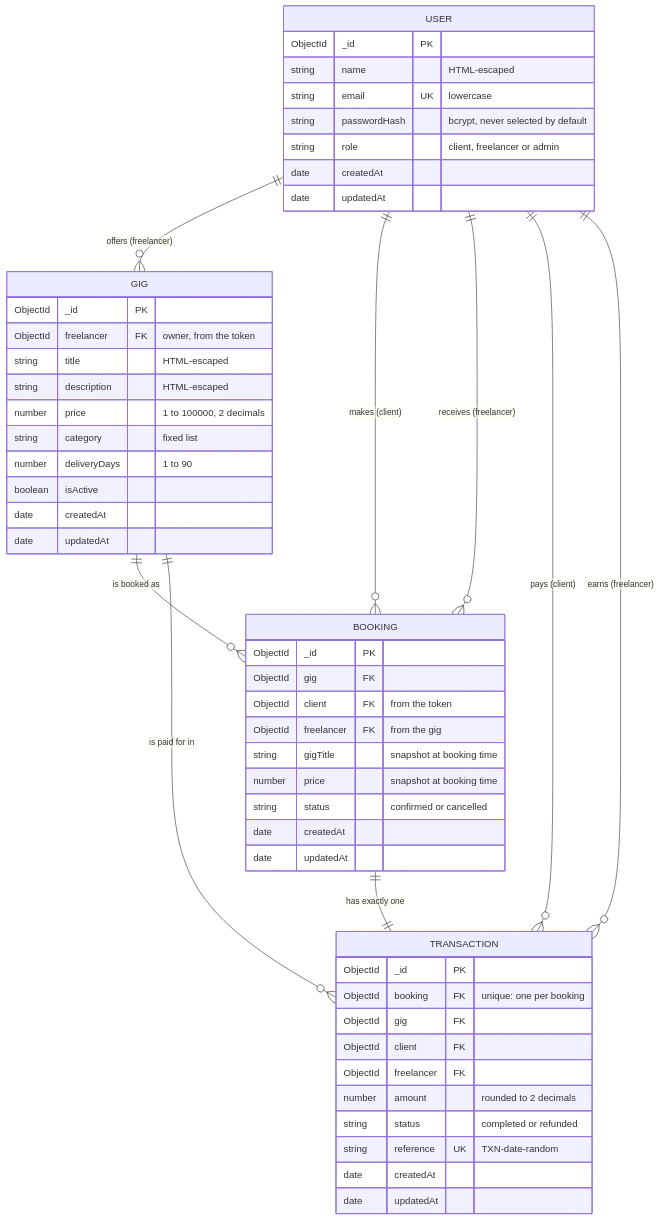
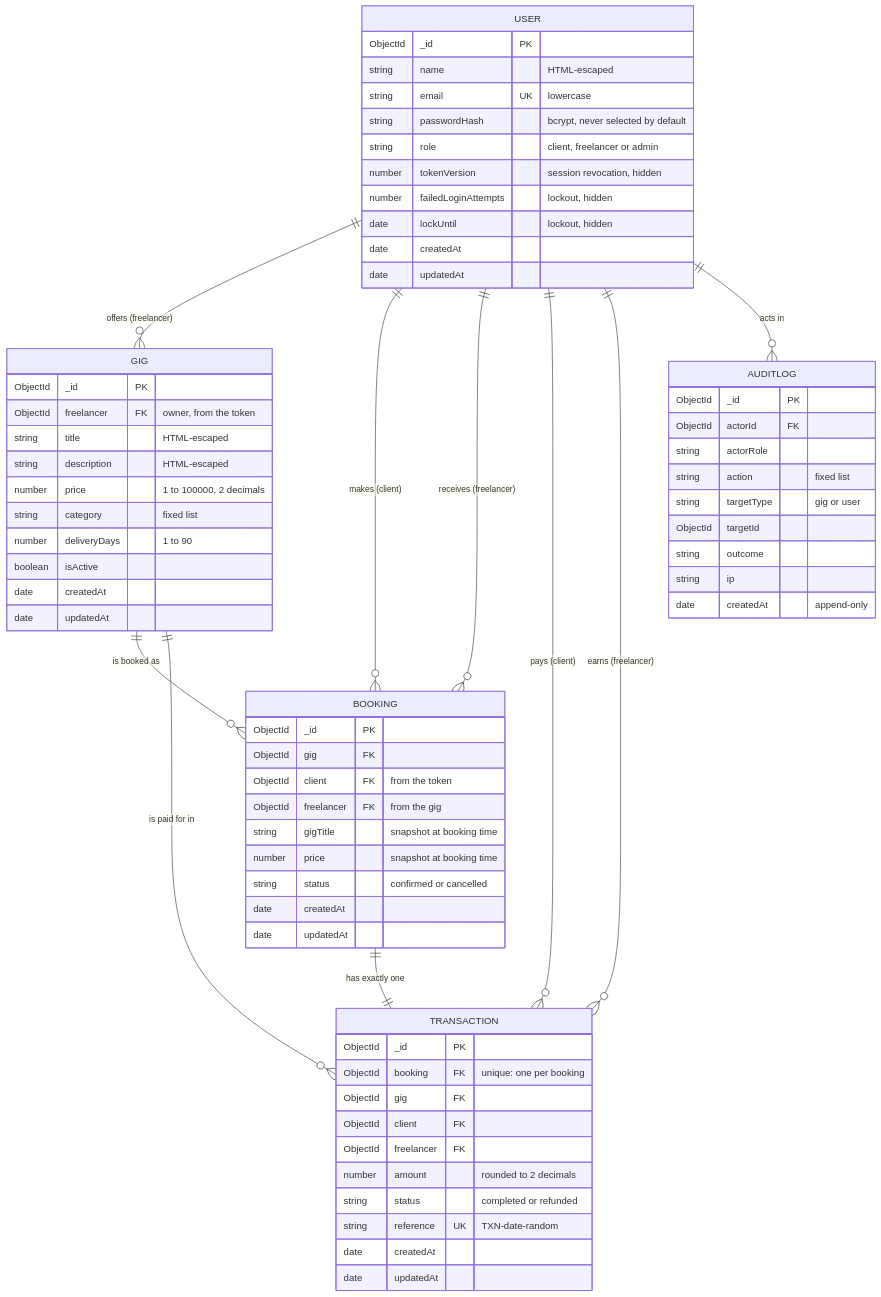
The third of 7 diagrams in README.md (ST10443760/HustleHub-plus), drawn with Mermaid before and after one commit. The commit also changed other lines of this file, not shown here.

Commit message:
Added the new architecture diagram and the tech stack

````diff
--- a/README.md
+++ b/README.md
@@ -181,56 +207,71 @@
 ```mermaid
 erDiagram
     USER ||--o{ GIG : "offers (freelancer)"
     USER ||--o{ BOOKING : "makes (client)"
     USER ||--o{ BOOKING : "receives (freelancer)"
     GIG ||--o{ BOOKING : "is booked as"
     BOOKING ||--|| TRANSACTION : "has exactly one"
     USER ||--o{ TRANSACTION : "pays (client)"
     USER ||--o{ TRANSACTION : "earns (freelancer)"
     GIG ||--o{ TRANSACTION : "is paid for in"
+    USER ||--o{ AUDITLOG : "acts in"
 
     USER {
         ObjectId _id PK
         string name "HTML-escaped"
         string email UK "lowercase"
         string passwordHash "bcrypt, never selected by default"
         string role "client, freelancer or admin"
+        number tokenVersion "session revocation, hidden"
+        number failedLoginAttempts "lockout, hidden"
+        date lockUntil "lockout, hidden"
         date createdAt
         date updatedAt
     }
     GIG {
         ObjectId _id PK
         ObjectId freelancer FK "owner, from the token"
         string title "HTML-escaped"
         string description "HTML-escaped"
         number price "1 to 100000, 2 decimals"
         string category "fixed list"
         number deliveryDays "1 to 90"
         boolean isActive
         date createdAt
         date updatedAt
     }
     BOOKING {
         ObjectId _id PK
         ObjectId gig FK
         ObjectId client FK "from the token"
         ObjectId freelancer FK "from the gig"
         string gigTitle "snapshot at booking time"
         number price "snapshot at booking time"
         string status "confirmed or cancelled"
         date createdAt
         date updatedAt
     }
     TRANSACTION {
         ObjectId _id PK
         ObjectId booking FK "unique: one per booking"
         ObjectId gig FK
         ObjectId client FK
         ObjectId freelancer FK
         number amount "rounded to 2 decimals"
         string status "completed or refunded"
         string reference UK "TXN-date-random"
         date createdAt
         date updatedAt
     }
+    AUDITLOG {
+        ObjectId _id PK
+        ObjectId actorId FK
+        string actorRole
+        string action "fixed list"
+        string targetType "gig or user"
+        ObjectId targetId
+        string outcome
+        string ip
+        date createdAt "append-only"
+    }
 ```
````
